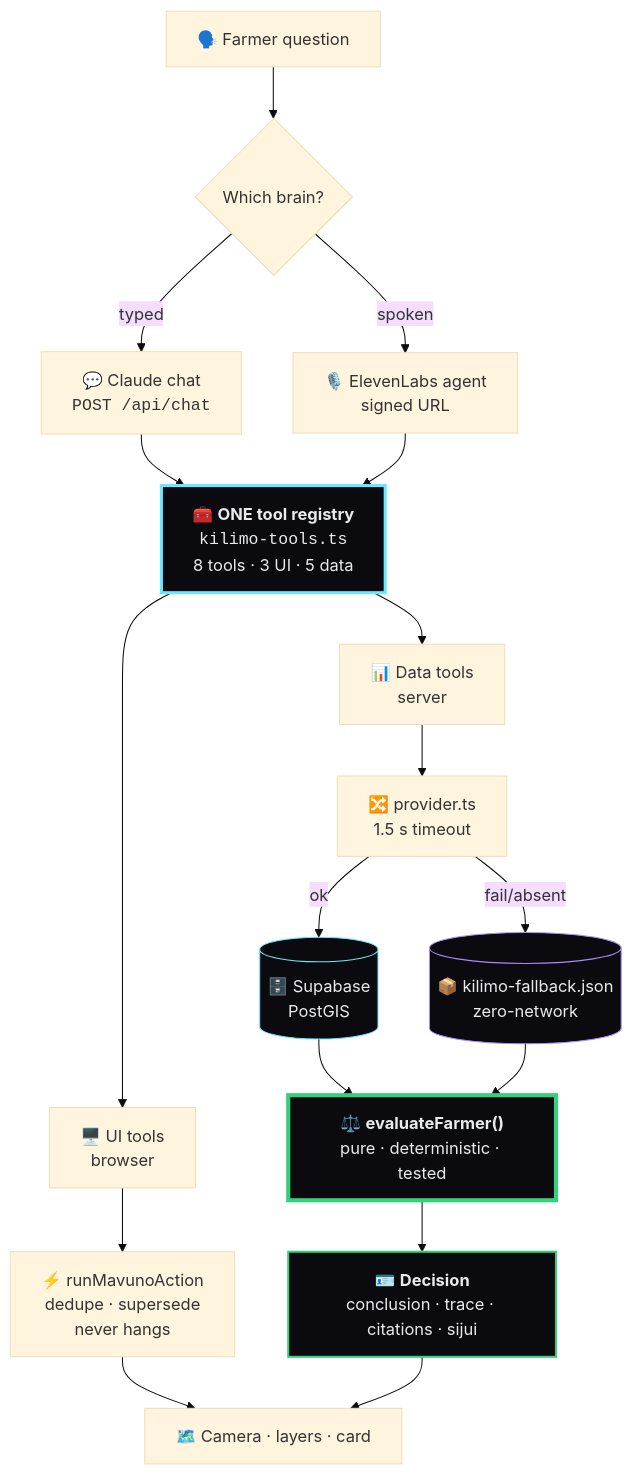
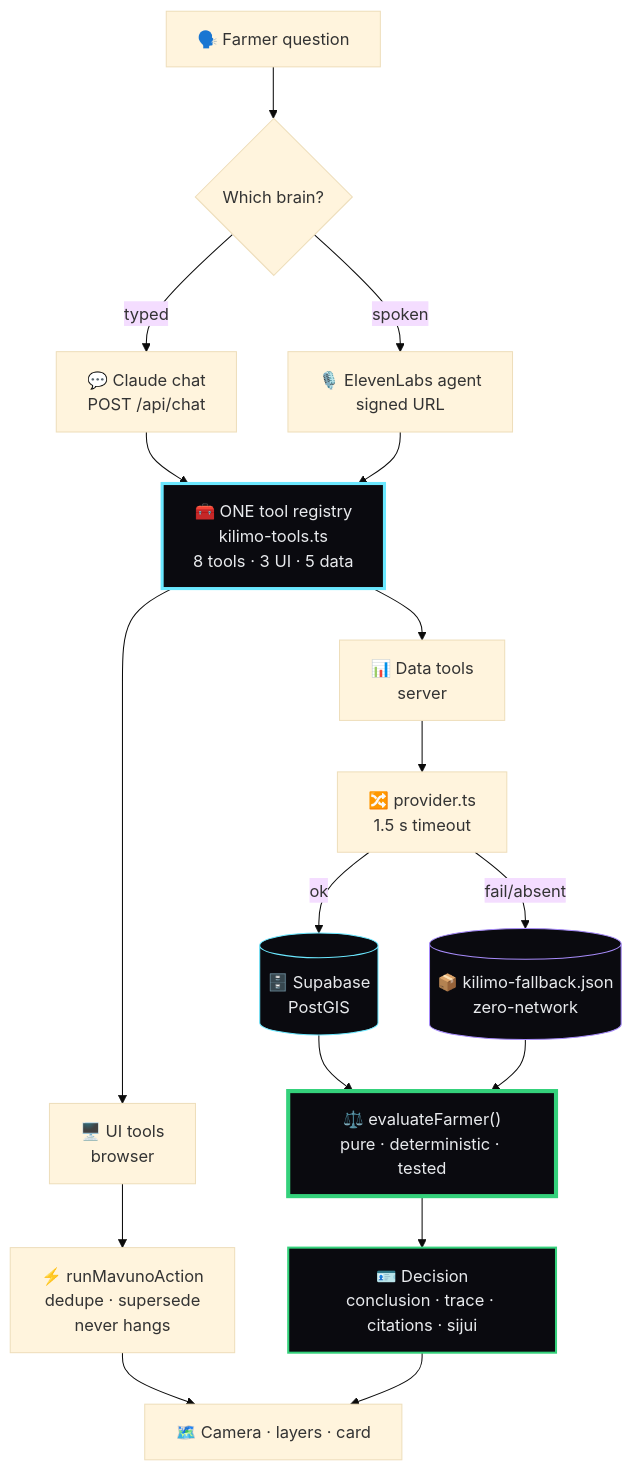
One commit to Chrisleo-16/terramavuno-jice changed the third of 6 diagrams in README.md. Above: the diagram before and after it, drawn with Mermaid (base theme). The commit also changed other lines of this file and 5 other files, not shown here.

First line of the commit message:
fix: make ward boundaries legible, lint mermaid for GitHub, add presentation script

````diff
--- a/README.md
+++ b/README.md
@@ -246,31 +246,31 @@
 ```mermaid
 flowchart TD
     Q["🗣️ Farmer question"] --> BRAIN{"Which brain?"}
-    BRAIN -->|typed| CHAT["💬 Claude chat<br/><code>POST /api/chat</code>"]
+    BRAIN -->|typed| CHAT["💬 Claude chat<br/>POST /api/chat"]
     BRAIN -->|spoken| VOICE["🎙️ ElevenLabs agent<br/>signed URL"]
 
-    CHAT --> REG["🧰 <b>ONE tool registry</b><br/><code>kilimo-tools.ts</code><br/>8 tools · 3 UI · 5 data"]
+    CHAT --> REG["🧰 ONE tool registry<br/>kilimo-tools.ts<br/>8 tools · 3 UI · 5 data"]
     VOICE --> REG
 
     REG --> UI["🖥️ UI tools<br/>browser"]
     REG --> DATA["📊 Data tools<br/>server"]
 
     UI --> RUN["⚡ runMavunoAction<br/>dedupe · supersede<br/>never hangs"]
     RUN --> MAP["🗺️ Camera · layers · card"]
 
     DATA --> PROV["🔀 provider.ts<br/>1.5 s timeout"]
     PROV -->|ok| SB[("🗄️ Supabase<br/>PostGIS")]
     PROV -->|fail/absent| JSON[("📦 kilimo-fallback.json<br/>zero-network")]
     SB --> ENG
     JSON --> ENG
 
-    ENG["⚖️ <b>evaluateFarmer()</b><br/>pure · deterministic · tested"]
-    ENG --> DEC["🪪 <b>Decision</b><br/>conclusion · trace · citations · sijui"]
+    ENG["⚖️ evaluateFarmer()<br/>pure · deterministic · tested"]
+    ENG --> DEC["🪪 Decision<br/>conclusion · trace · citations · sijui"]
     DEC --> MAP
 
     style ENG fill:#0a0a0f,stroke:#34d17b,stroke-width:4px,color:#e8eaed
     style DEC fill:#0a0a0f,stroke:#34d17b,stroke-width:2px,color:#e8eaed
     style REG fill:#0a0a0f,stroke:#6be8ff,stroke-width:3px,color:#e8eaed
     style JSON fill:#0a0a0f,stroke:#a78bfa,color:#e8eaed
     style SB fill:#0a0a0f,stroke:#6be8ff,color:#e8eaed
 ```
````
